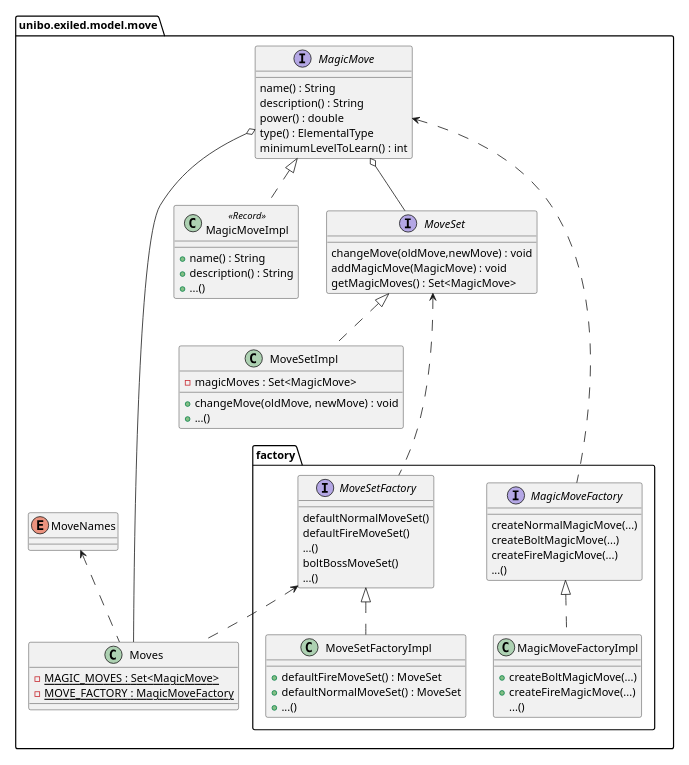
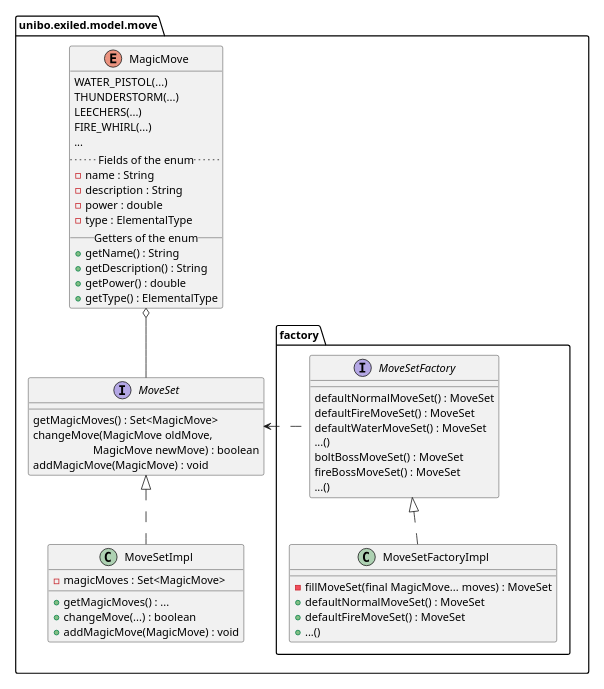
The diagram in docs/character/moves/moves-uml.puml (unibo-oop-projects/OOP23-Baldoni-Beylax-Casadei-MarcoMagnani03-Pazzaglia-exiled), drawn with PlantUML before and after one commit. The commit also changed 22 other files, not shown here.

Commit message:
Simplified moves management by a lot, modified moves UML, added bolt enemy, added boss MoveSets to bosses.

```diff
--- a/docs/character/moves/moves-uml.puml
+++ b/docs/character/moves/moves-uml.puml
@@ -1,76 +1,54 @@
 @startuml
 scale 0.50
 set separator none
 package unibo.exiled.model.move
 {
-  interface MagicMove {
-    name() : String
-    description() : String
-    power() : double
-    type() : ElementalType
-    minimumLevelToLearn() : int
-  }
-
-  class MagicMoveImpl<<Record>> implements MagicMove {
-    + name() : String
-    + description() : String
-    + ...()
-  }
-
-  enum MoveNames{
-
-  }
-
-  class Moves {
-    - {static} MAGIC_MOVES : Set<MagicMove>
-    - {static} MOVE_FACTORY : MagicMoveFactory
-  }
-
-  interface MoveSet{
-    changeMove(oldMove,newMove) : void
-    addMagicMove(MagicMove) : void
-    getMagicMoves() : Set<MagicMove>
-  }
-
-  class MoveSetImpl implements MoveSet{
-     - magicMoves : Set<MagicMove>
-     + changeMove(oldMove, newMove) : void
-     +...()
-  }
-
-  package factory{
-    interface MagicMoveFactory{
-        createNormalMagicMove(...)
-        createBoltMagicMove(...)
-        createFireMagicMove(...)
-        ...()
+    enum MagicMove{
+        {field} WATER_PISTOL(...)
+        {field} THUNDERSTORM(...)
+        {field} LEECHERS(...)
+        {field} FIRE_WHIRL(...)
+        {field} ...
+        .. Fields of the enum ..
+        - name : String
+        - description : String
+        - power : double
+        - type : ElementalType
+        __ Getters of the enum __
+        + getName() : String
+        + getDescription() : String
+        + getPower() : double
+        + getType() : ElementalType
     }
-
-    class MagicMoveFactoryImpl implements MagicMoveFactory {
-        + createBoltMagicMove(...)
-        +createFireMagicMove(...)
-        ...()
+    interface MoveSet {
+        getMagicMoves() : Set<MagicMove>
+        changeMove(MagicMove oldMove,\n                     MagicMove newMove) : boolean
+        addMagicMove(MagicMove) : void
     }
-
-    interface MoveSetFactory{
-        defaultNormalMoveSet()
-        defaultFireMoveSet()
-        ...()
-        boltBossMoveSet()
-        ...()
+    class MoveSetImpl implements MoveSet{
+        - magicMoves : Set<MagicMove>
+        + getMagicMoves() : ...
+        + changeMove(...) : boolean
+        + addMagicMove(MagicMove) : void
     }
-
-    class MoveSetFactoryImpl implements MoveSetFactory {
-        + defaultFireMoveSet() : MoveSet
-        + defaultNormalMoveSet() : MoveSet
-        +...()
+    package factory{
+        interface MoveSetFactory {
+            defaultNormalMoveSet() : MoveSet
+            defaultFireMoveSet() : MoveSet
+            defaultWaterMoveSet() : MoveSet
+            ...()
+            boltBossMoveSet() : MoveSet
+            fireBossMoveSet() : MoveSet
+            ...()
+        }
+        class MoveSetFactoryImpl implements MoveSetFactory {
+            - fillMoveSet(final MagicMove... moves) : MoveSet
+            + defaultNormalMoveSet() : MoveSet
+            + defaultFireMoveSet() : MoveSet
+            +...()
+        }
     }
-  }
 }
+MoveSet <. MoveSetFactory
 MagicMove o-- MoveSet
-MagicMove <.. MagicMoveFactory
-MoveSet <... MoveSetFactory
-MagicMove o- Moves
-MoveNames <.. Moves
-MoveSetFactory <.. Moves
 @enduml
```
